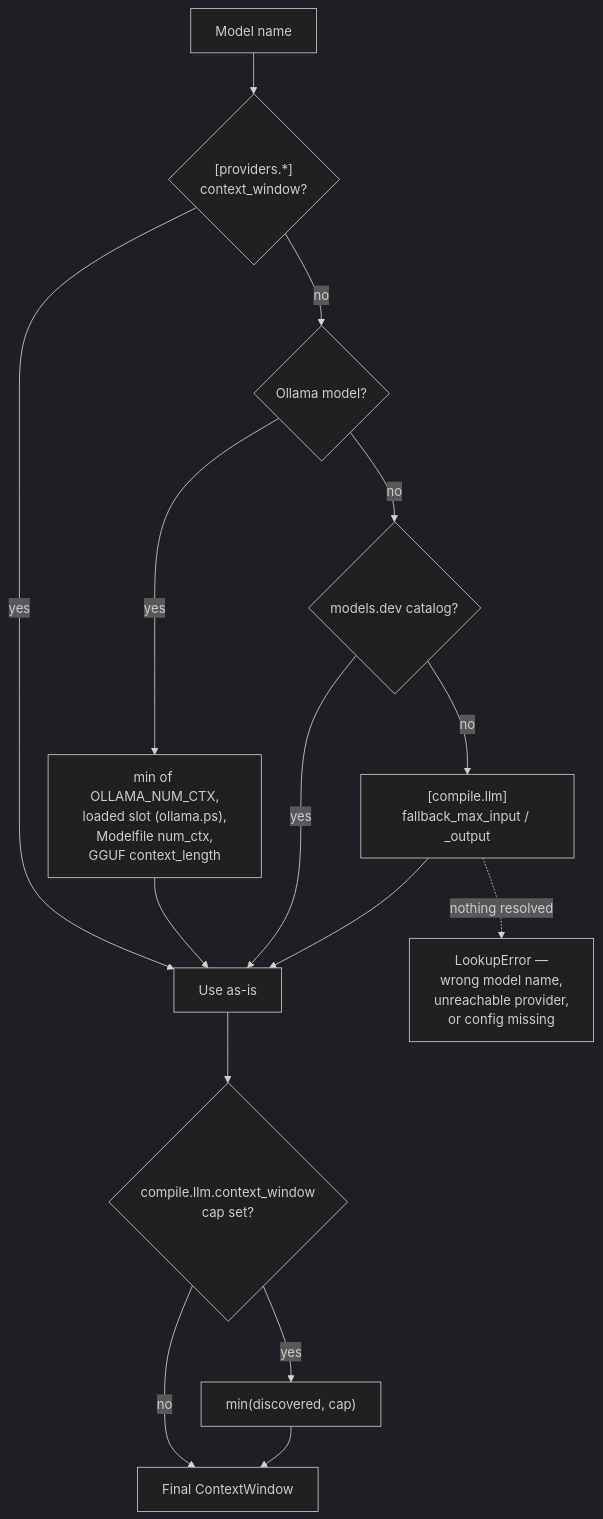
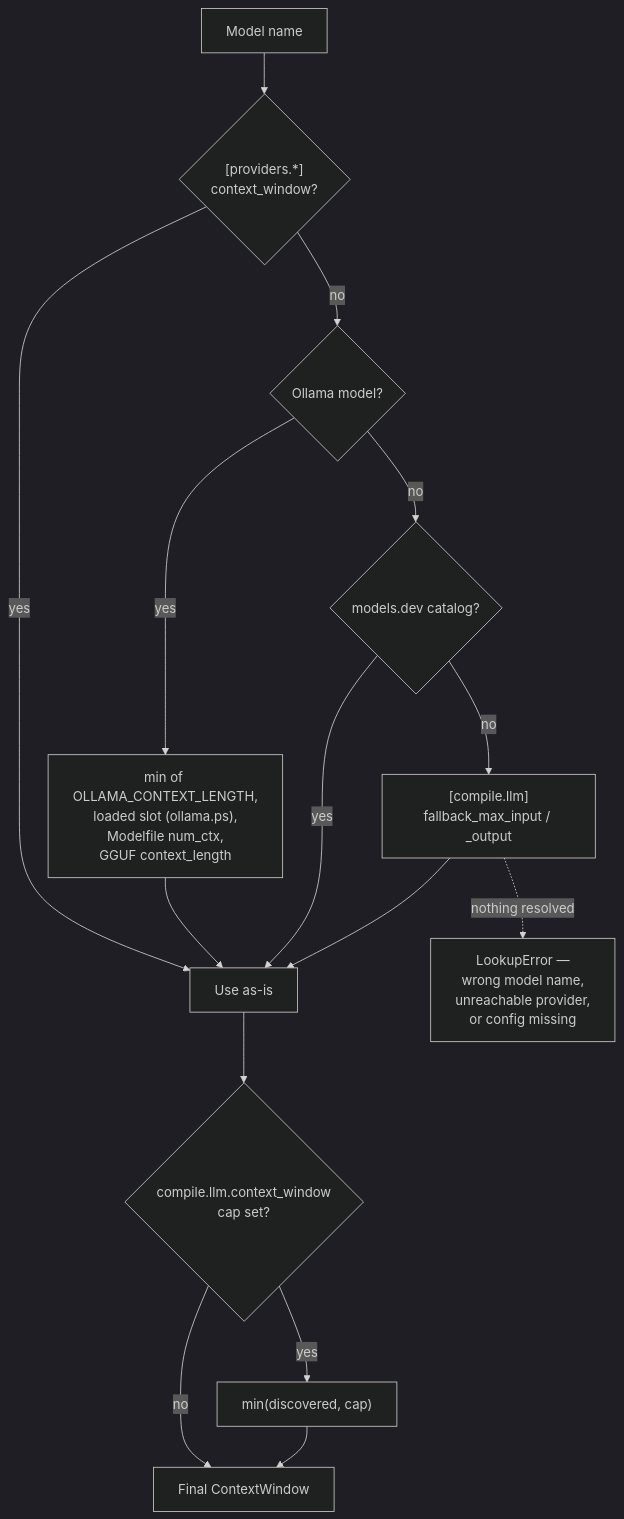
One commit to jr2804/kompend changed the first of 4 diagrams in docs/guides/model-context.md. Above: the diagram before and after it, drawn with Mermaid (dark theme). The commit also changed other lines of this file and 3 other files, not shown here.

First line of the commit message:
fix(llm): read OLLAMA_CONTEXT_LENGTH, the env var Ollama honors

````diff
--- a/docs/guides/model-context.md
+++ b/docs/guides/model-context.md
@@ -21,17 +21,17 @@
 ```mermaid
 flowchart TD
     A[Model name] --> B{"[providers.*]<br/>context_window?"}
     B -- yes --> C[Use as-is]
     B -- no --> D{Ollama model?}
-    D -- yes --> E["min of OLLAMA_NUM_CTX,<br/>loaded slot (ollama.ps),<br/>Modelfile num_ctx,<br/>GGUF context_length"]
+    D -- yes --> E["min of OLLAMA_CONTEXT_LENGTH,<br/>loaded slot (ollama.ps),<br/>Modelfile num_ctx,<br/>GGUF context_length"]
     E --> C
     D -- no --> F{models.dev catalog?}
     F -- yes --> C
     F -- no --> G["[compile.llm]<br/>fallback_max_input / _output"]
     G --> C
     C --> H{"compile.llm.context_window<br/>cap set?"}
     H -- yes --> I["min(discovered, cap)"]
     H -- no --> J[Final ContextWindow]
     I --> J
     G -.->|nothing resolved| K["LookupError —<br/>wrong model name,<br/>unreachable provider,<br/>or config missing"]
 ```
````
